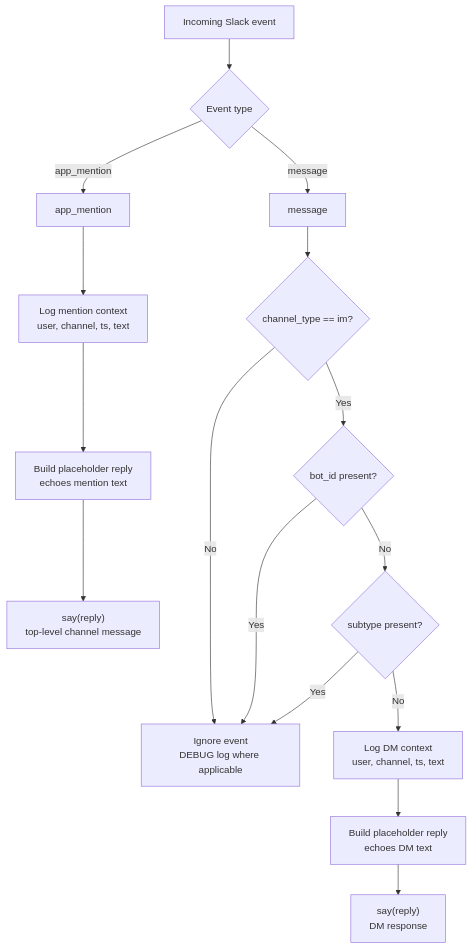
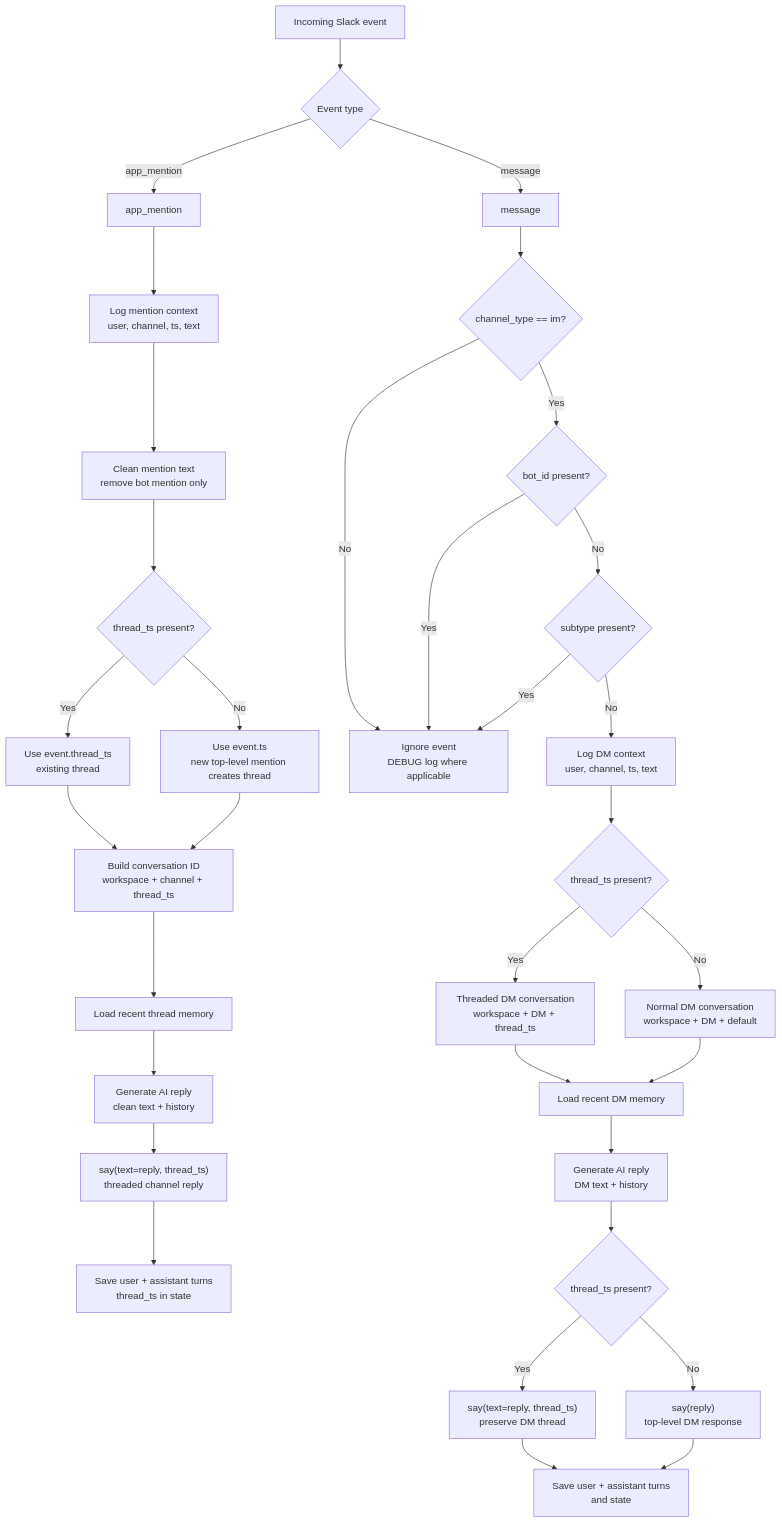
One commit to aymalkhalid/Slack-AI-WebSocket changed the fourth of 4 diagrams in ARCHITECTURE.md. Above: the diagram before and after it, drawn with Mermaid. The commit also changed other lines of this file and 34 other files, not shown here.

First line of the commit message:
Add OpenAI replies, MongoDB memory, and threaded channel responses.

````diff
--- a/ARCHITECTURE.md
+++ b/ARCHITECTURE.md
@@ -81,34 +101,56 @@
 ```mermaid
 flowchart TD
     event["Incoming Slack event"]
     kind{"Event type"}
 
     mention["app_mention"]
     message["message"]
 
     mentionLog["Log mention context<br/>user, channel, ts, text"]
-    mentionReply["Build placeholder reply<br/>echoes mention text"]
-    mentionSay["say(reply)<br/>top-level channel message"]
+    mentionClean["Clean mention text<br/>remove bot mention only"]
+    mentionThread{"thread_ts present?"}
+    mentionParent["Use event.thread_ts<br/>existing thread"]
+    mentionCreate["Use event.ts<br/>new top-level mention creates thread"]
+    mentionConversation["Build conversation ID<br/>workspace + channel + thread_ts"]
+    mentionMemory["Load recent thread memory"]
+    mentionReply["Generate AI reply<br/>clean text + history"]
+    mentionSay["say(text=reply, thread_ts)<br/>threaded channel reply"]
+    mentionSave["Save user + assistant turns<br/>thread_ts in state"]
 
     dmCheck{"channel_type == im?"}
     botCheck{"bot_id present?"}
     subtypeCheck{"subtype present?"}
     ignore["Ignore event<br/>DEBUG log where applicable"]
     dmLog["Log DM context<br/>user, channel, ts, text"]
-    dmReply["Build placeholder reply<br/>echoes DM text"]
-    dmSay["say(reply)<br/>DM response"]
+    dmThread{"thread_ts present?"}
+    dmConversationThread["Threaded DM conversation<br/>workspace + DM + thread_ts"]
+    dmConversationDefault["Normal DM conversation<br/>workspace + DM + default"]
+    dmMemory["Load recent DM memory"]
+    dmReply["Generate AI reply<br/>DM text + history"]
+    dmSayChoice{"thread_ts present?"}
+    dmSayThread["say(text=reply, thread_ts)<br/>preserve DM thread"]
+    dmSayTop["say(reply)<br/>top-level DM response"]
+    dmSave["Save user + assistant turns<br/>and state"]
 
     event --> kind
     kind -->|app_mention| mention
     kind -->|message| message
 
-    mention --> mentionLog --> mentionReply --> mentionSay
+    mention --> mentionLog --> mentionClean --> mentionThread
+    mentionThread -->|Yes| mentionParent --> mentionConversation
+    mentionThread -->|No| mentionCreate --> mentionConversation
+    mentionConversation --> mentionMemory --> mentionReply --> mentionSay --> mentionSave
 
     message --> dmCheck
     dmCheck -->|No| ignore
     dmCheck -->|Yes| botCheck
     botCheck -->|Yes| ignore
     botCheck -->|No| subtypeCheck
     subtypeCheck -->|Yes| ignore
-    subtypeCheck -->|No| dmLog --> dmReply --> dmSay
+    subtypeCheck -->|No| dmLog --> dmThread
+    dmThread -->|Yes| dmConversationThread --> dmMemory
+    dmThread -->|No| dmConversationDefault --> dmMemory
+    dmMemory --> dmReply --> dmSayChoice
+    dmSayChoice -->|Yes| dmSayThread --> dmSave
+    dmSayChoice -->|No| dmSayTop --> dmSave
 ```
````
